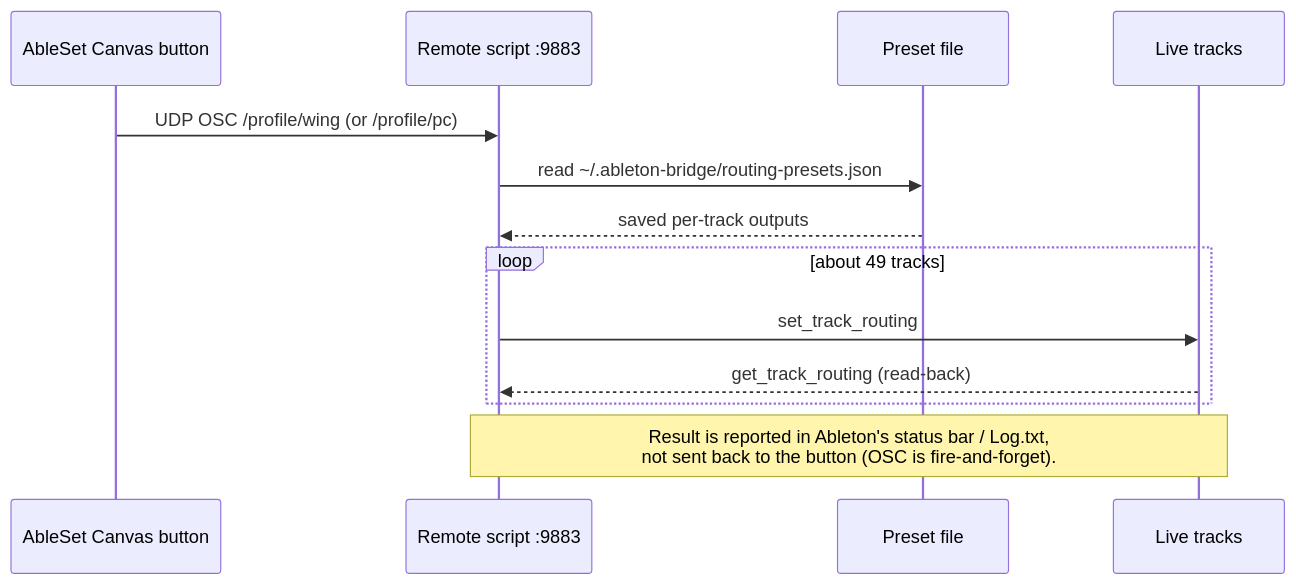
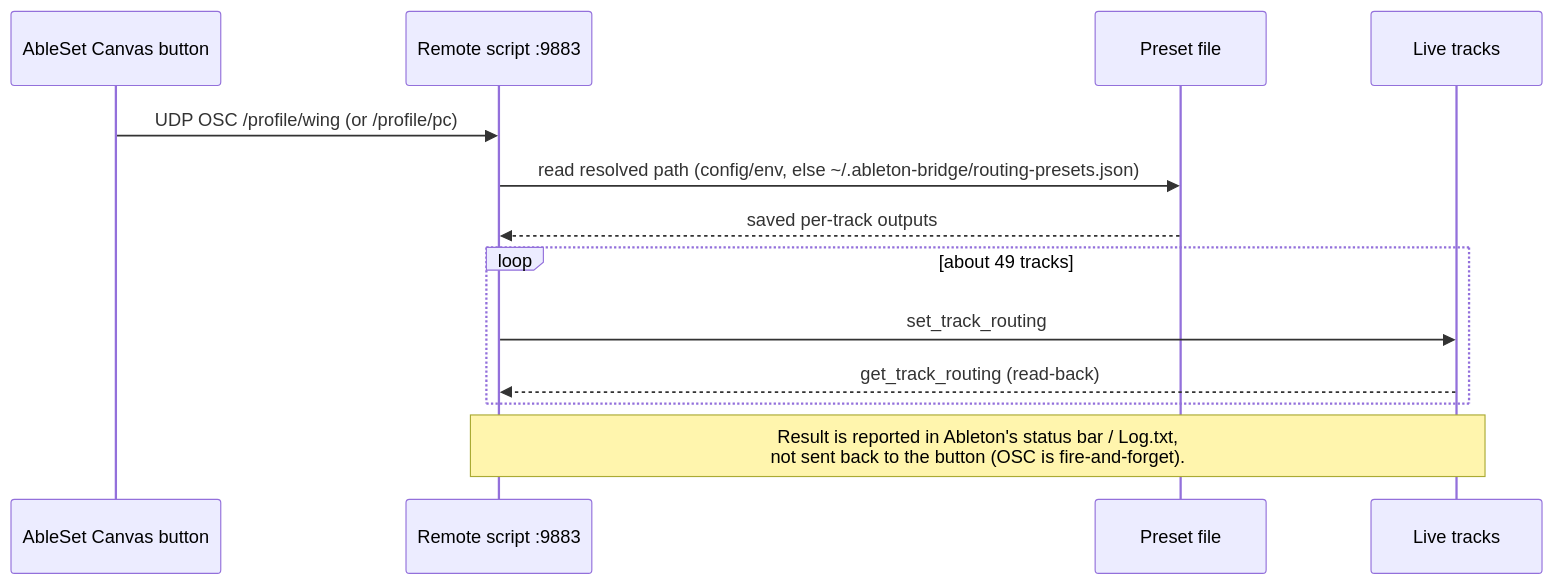
One commit to mhzsajan/AbleBridgePlus changed the third of 5 diagrams in docs/BRIDGE-DIAGRAMS.md. Above: the diagram before and after it, drawn with Mermaid. The commit also changed 21 other files, not shown here.

First line of the commit message:
v0.9.3: make audio routing presets portable across Macs

````diff
--- a/docs/BRIDGE-DIAGRAMS.md
+++ b/docs/BRIDGE-DIAGRAMS.md
@@ -68,16 +68,16 @@
 ```mermaid
 sequenceDiagram
     participant C as AbleSet Canvas button
     participant R as Remote script :9883
     participant P as Preset file
     participant T as Live tracks
 
     C->>R: UDP OSC /profile/wing (or /profile/pc)
-    R->>P: read ~/.ableton-bridge/routing-presets.json
+    R->>P: read resolved path (config/env, else ~/.ableton-bridge/routing-presets.json)
     P-->>R: saved per-track outputs
     loop about 49 tracks
         R->>T: set_track_routing
         T-->>R: get_track_routing (read-back)
     end
     Note over R,T: Result is reported in Ableton's status bar / Log.txt,<br/>not sent back to the button (OSC is fire-and-forget).
 ```
````
